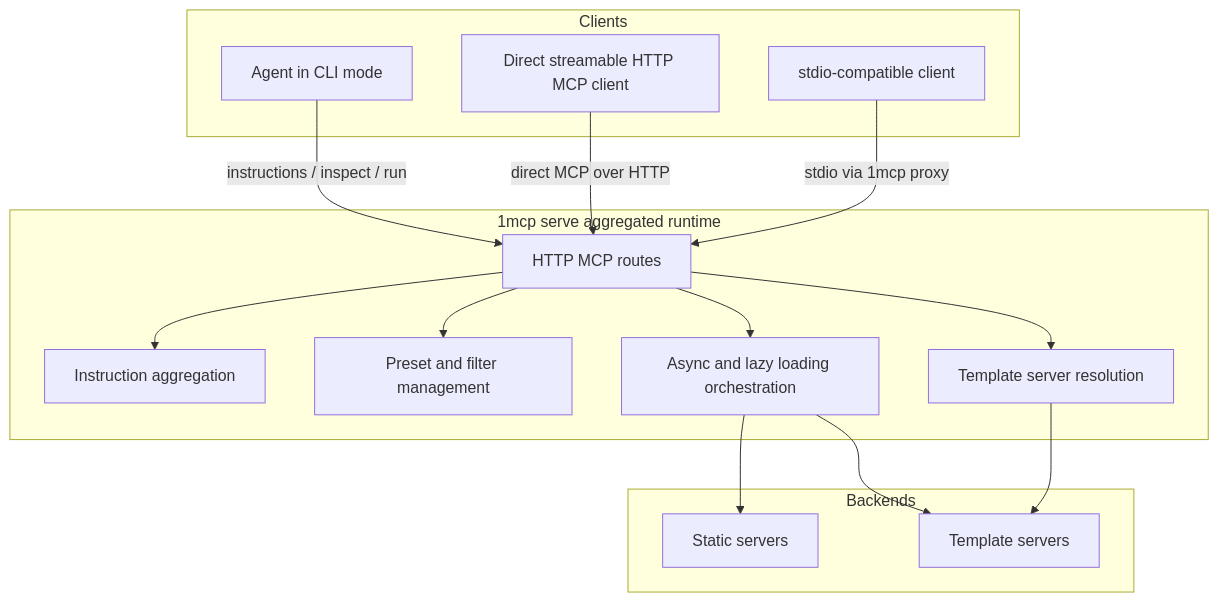
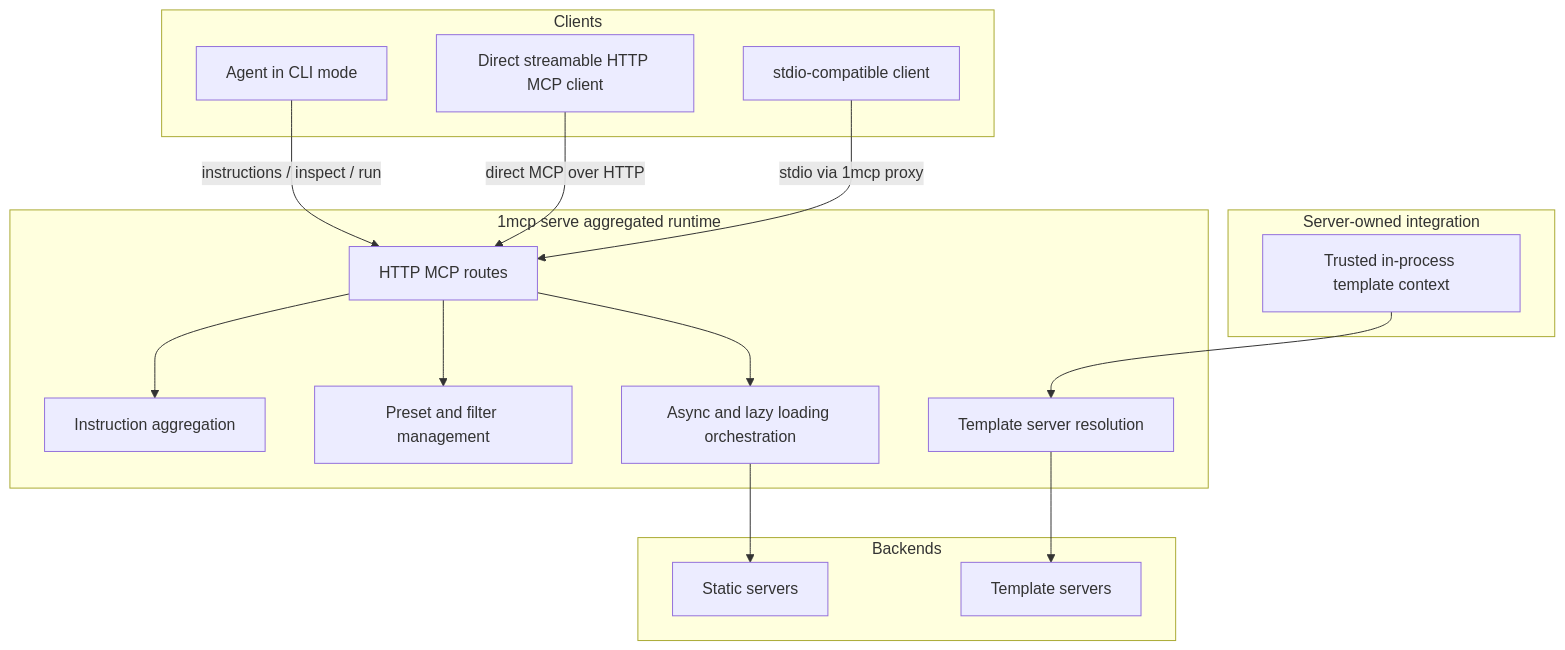
Before and after one commit to 1mcp-app/agent: the diagram in docs/en/reference/architecture.md, drawn with Mermaid. The commit also changed other lines of this file and 68 other files, not shown here.

First line of the commit message:
feat: enhance OAuth flow to restrict operations to configured static connections

````diff
--- a/docs/en/reference/architecture.md
+++ b/docs/en/reference/architecture.md
@@ -33,32 +33,35 @@
 ```mermaid
 flowchart TB
     subgraph Clients
         A1[Agent in CLI mode]
         A2[Direct streamable HTTP MCP client]
         A3[stdio-compatible client]
+    end
+
+    subgraph Trusted["Server-owned integration"]
+        T1[Trusted in-process template context]
     end
 
     subgraph Runtime["1mcp serve aggregated runtime"]
         B1[HTTP MCP routes]
         B2[Instruction aggregation]
         B3[Preset and filter management]
         B4[Async and lazy loading orchestration]
         B5[Template server resolution]
     end
 
     subgraph Backends
         C1[Static servers]
         C2[Template servers]
     end
 
     A1 -->|instructions / inspect / run| B1
     A2 -->|direct MCP over HTTP| B1
     A3 -->|stdio via 1mcp proxy| B1
     B1 --> B2
     B1 --> B3
     B1 --> B4
-    B1 --> B5
+    T1 --> B5
     B5 --> C2
     B4 --> C1
-    B4 --> C2
 ```
````
